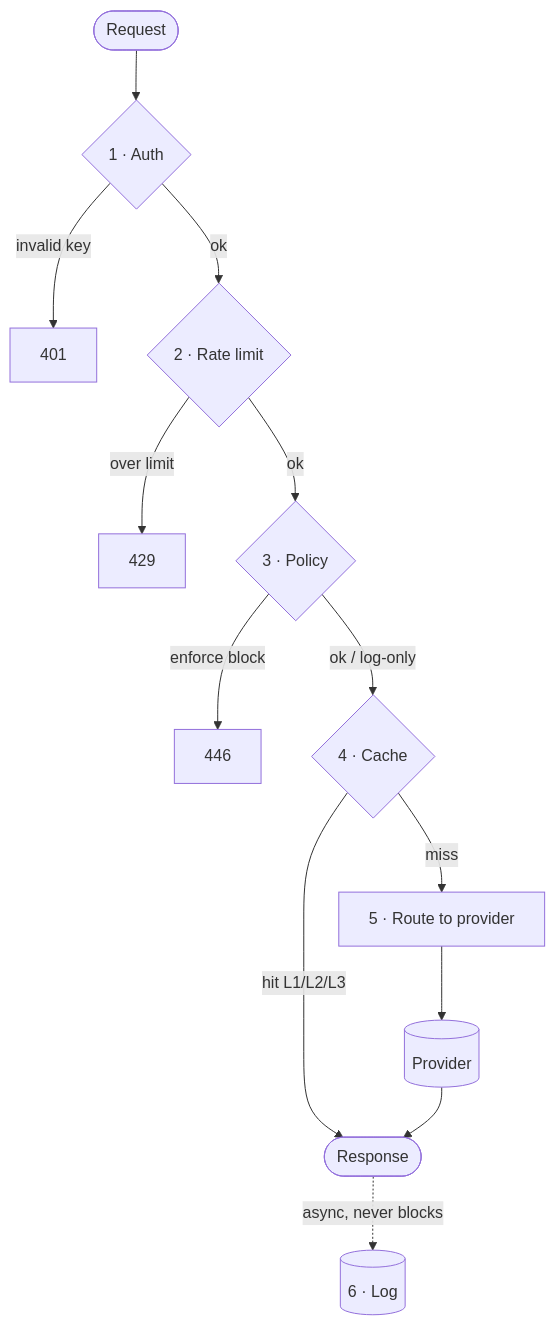
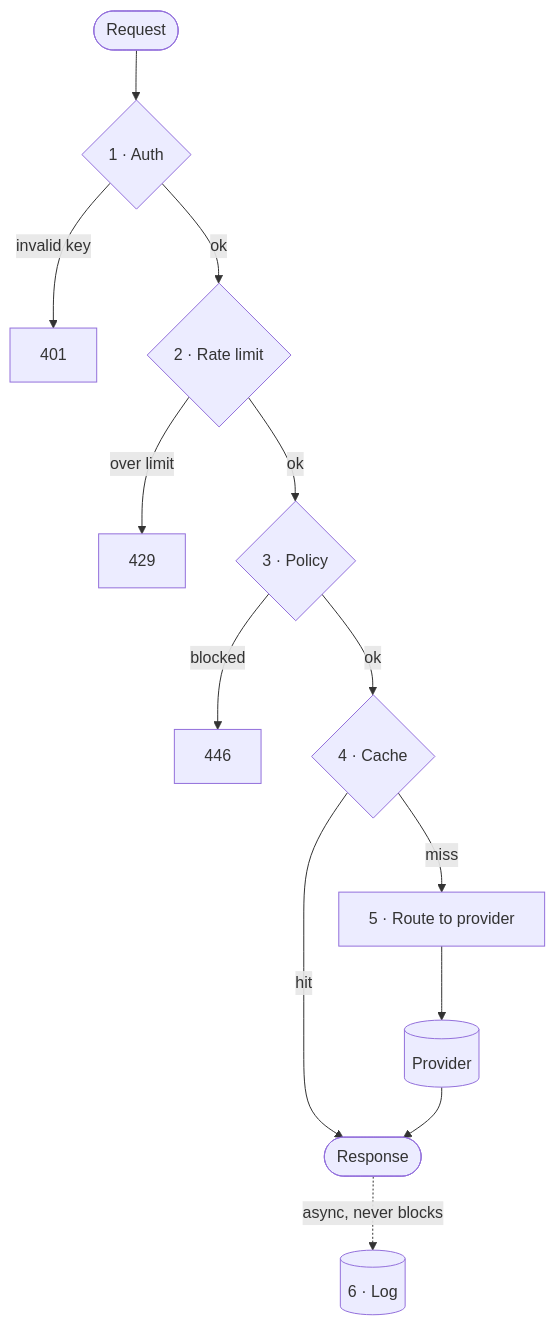
The diagram in docs-site/blog/2026-07-29-four-milliseconds.md (Rayyan-Oumlil/OpenProxyAI), drawn with Mermaid before and after one commit. The commit also changed other lines of this file and 114 other files, not shown here.

````diff
--- a/docs-site/blog/2026-07-29-four-milliseconds.md
+++ b/docs-site/blog/2026-07-29-four-milliseconds.md
@@ -14,15 +14,15 @@
 ```mermaid
 flowchart TD
     Req([Request]) --> Auth{1 · Auth}
     Auth -->|invalid key| R401[401]
     Auth -->|ok| Rate{2 · Rate limit}
     Rate -->|over limit| R429[429]
     Rate -->|ok| Policy{3 · Policy}
-    Policy -->|enforce block| R446[446]
-    Policy -->|ok / log-only| Cache{4 · Cache}
-    Cache -->|hit L1/L2/L3| Resp([Response])
+    Policy -->|blocked| R446[446]
+    Policy -->|ok| Cache{4 · Cache}
+    Cache -->|hit| Resp([Response])
     Cache -->|miss| Route[5 · Route to provider]
     Route --> Provider[(Provider)]
     Provider --> Resp
     Resp -.->|async, never blocks| Log[(6 · Log)]
 ```
````
